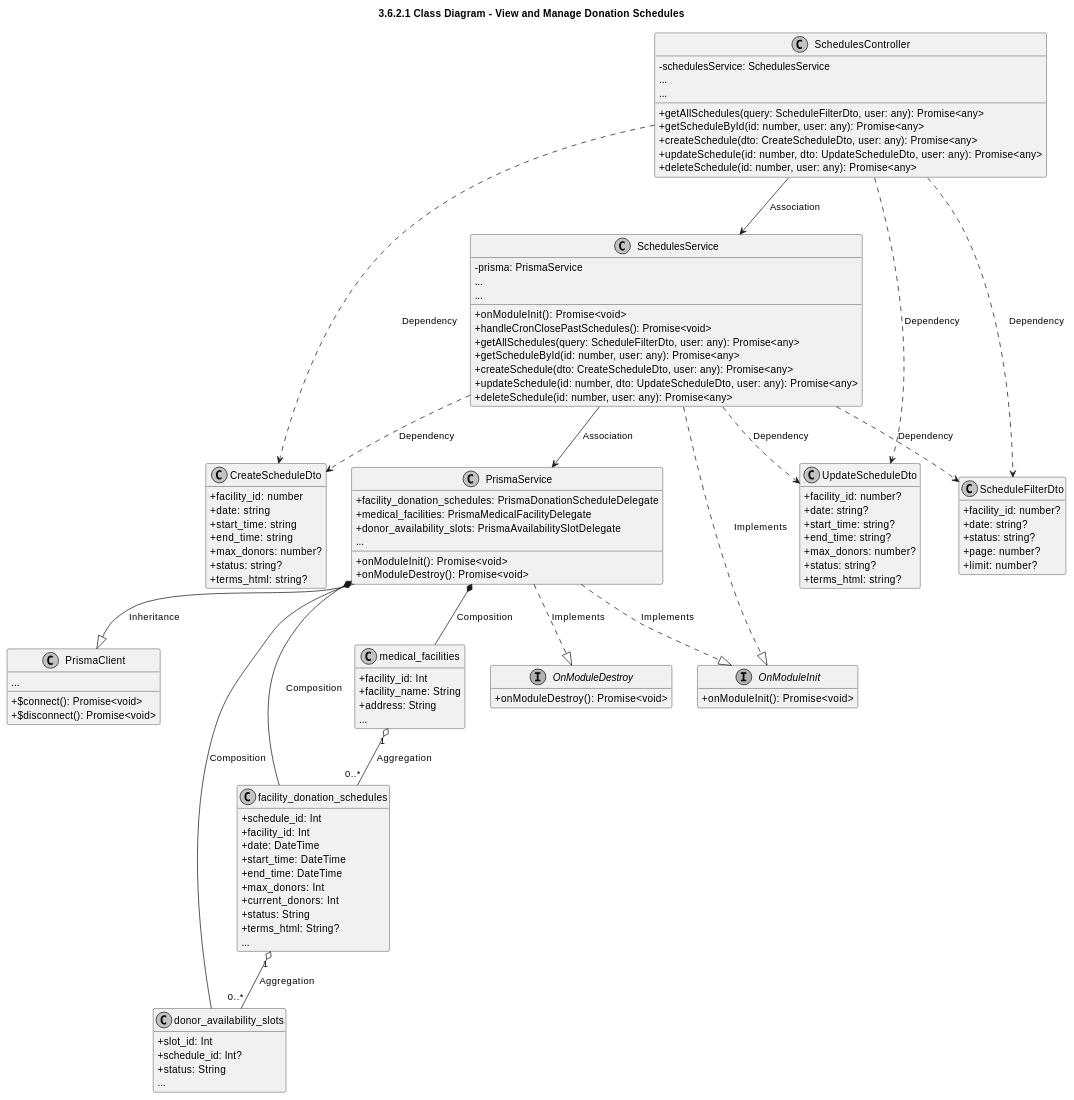
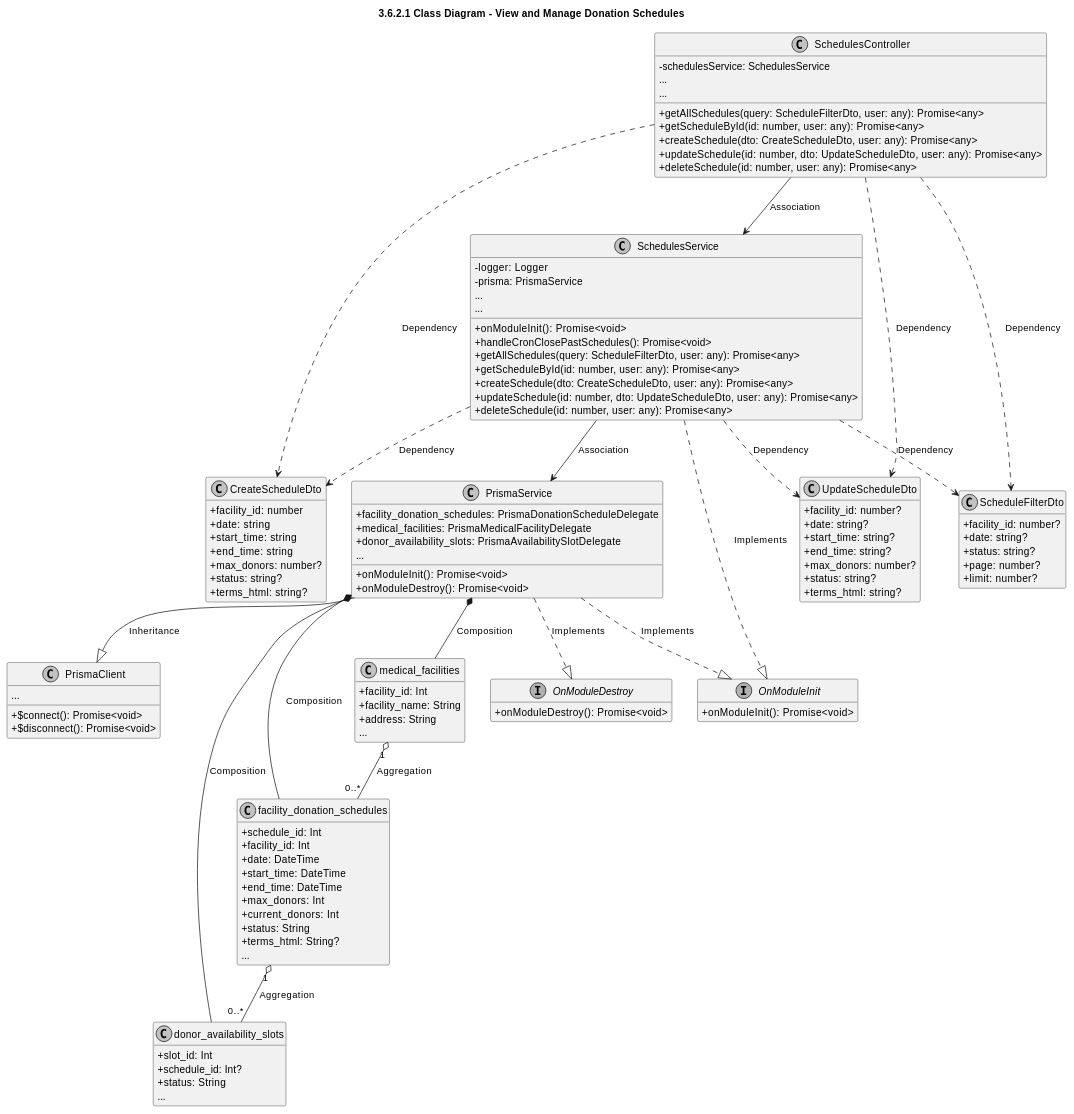
The second of 3 diagrams in modules_plantuml/06_schedules.md (CuongBC195/class-diagram-donation-blood), drawn with PlantUML before and after one commit. The commit also changed other lines of this file and 30 other files, not shown here.

Commit message:
fix(diagrams): achieve 100% capstone alignment with backend source code across all 13 modules

```diff
--- a/modules_plantuml/06_schedules.md
+++ b/modules_plantuml/06_schedules.md
@@ -225,6 +242,7 @@
 }
 
 class SchedulesService {
+  -logger: Logger
   -prisma: PrismaService
   ...
   +onModuleInit(): Promise<void>
```
